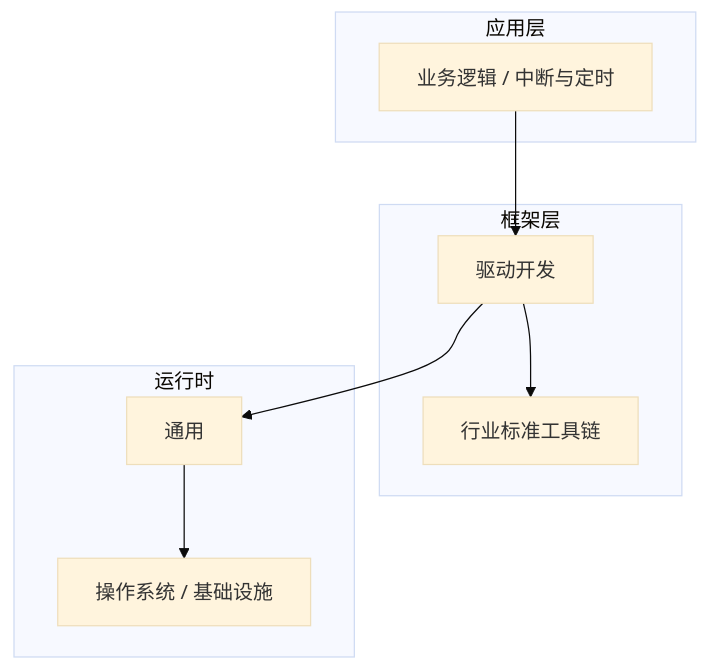
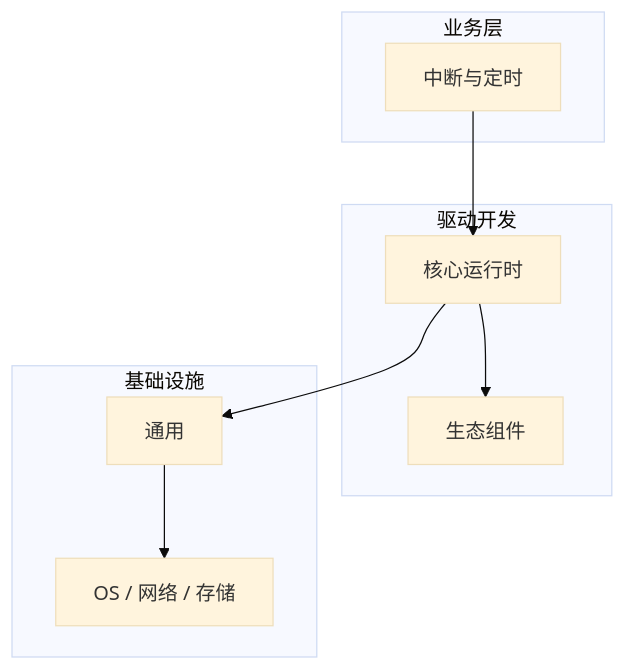
The diagram in articles/驱动开发/chapters/081-中断与定时核心概念与原理.md (yanggan2015/knowledge-json-v2), drawn with Mermaid (base theme) before and after one commit. The commit also changed other lines of this file and 10127 other files, not shown here.

````diff
--- a/articles/驱动开发/chapters/081-中断与定时核心概念与原理.md
+++ b/articles/驱动开发/chapters/081-中断与定时核心概念与原理.md
@@ -45,18 +34,18 @@
 ```mermaid
 graph TB
-    subgraph 应用层
-        A[业务逻辑 / 中断与定时]
+    subgraph 业务层
+        A[中断与定时]
     end
-    subgraph 框架层
-        B[驱动开发]
-        C[行业标准工具链]
+    subgraph 驱动开发
+        B[核心运行时]
+        C[生态组件]
     end
-    subgraph 运行时
+    subgraph 基础设施
         D[通用]
-        E[操作系统 / 基础设施]
+        E[OS / 网络 / 存储]
     end
     A --> B
     B --> C
     B --> D
     D --> E
 ```
````
